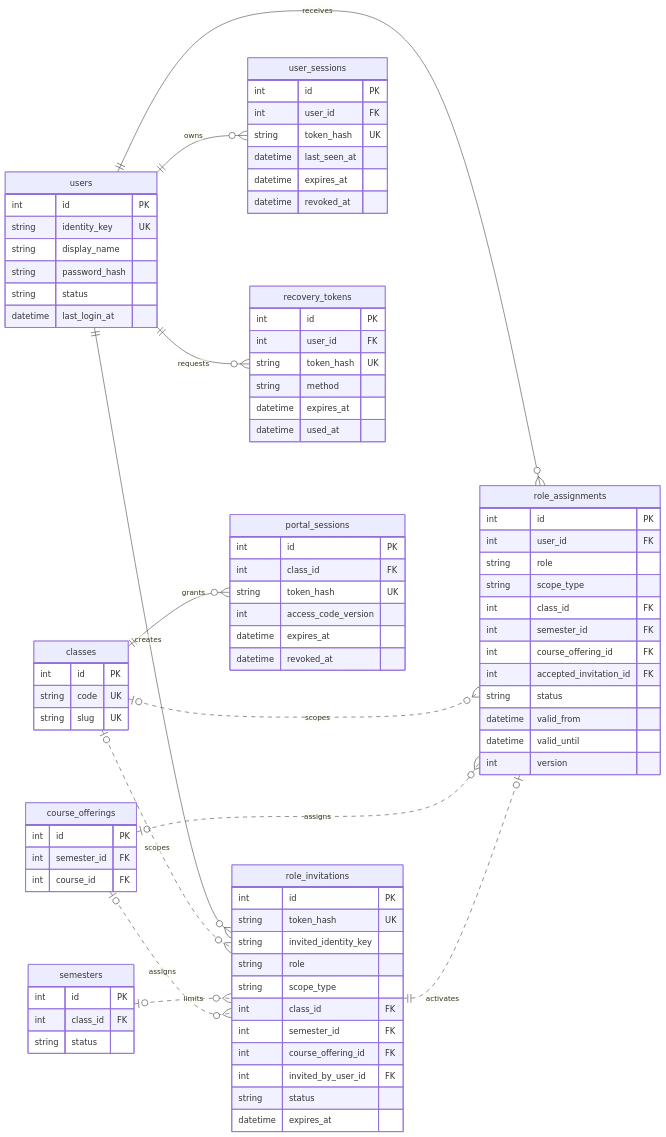
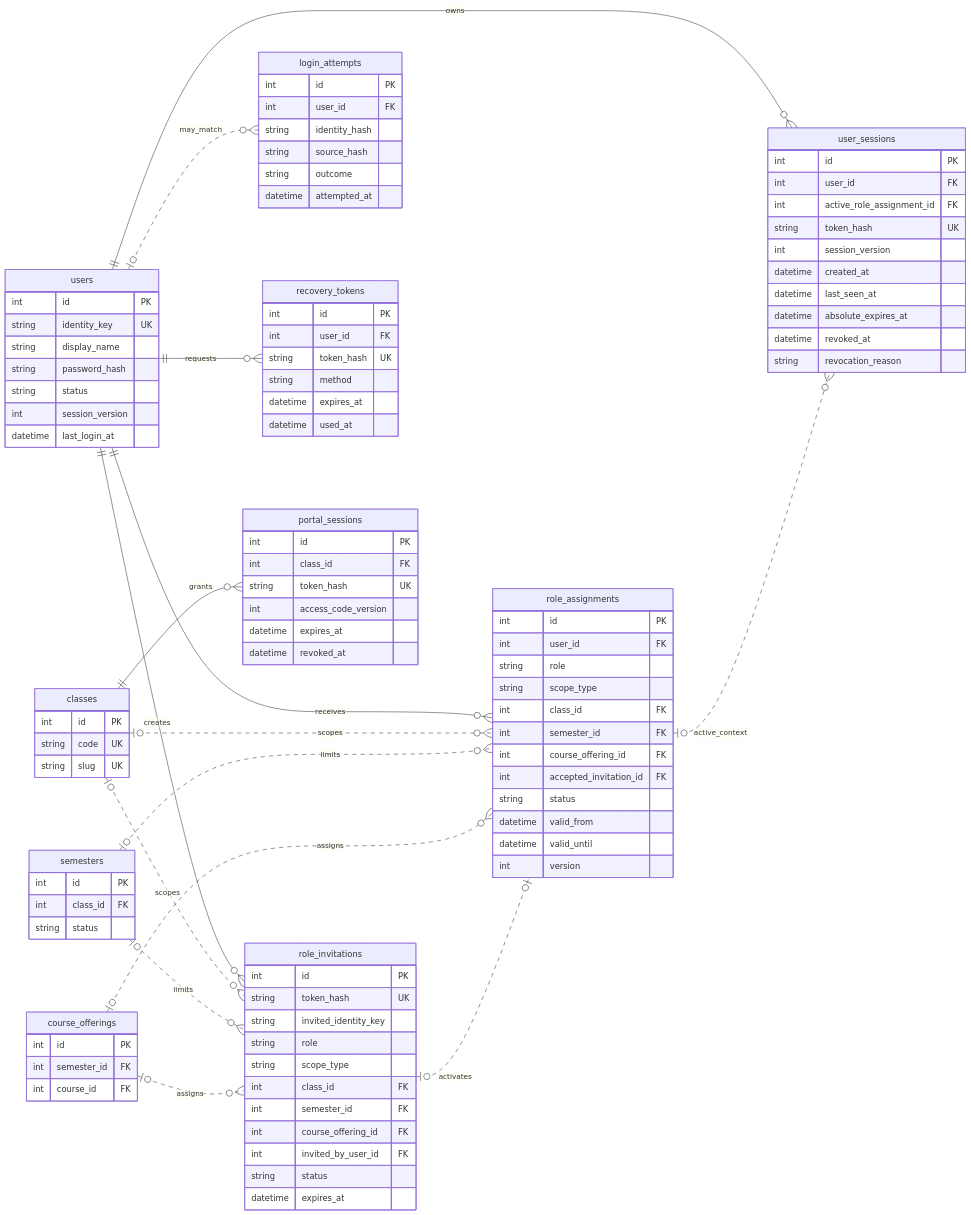
One commit to darvaaph/bot-wa-jadwal changed the second of 7 diagrams in docs/product/ERD.md. Above: the diagram before and after it, drawn with Mermaid. The commit also changed other lines of this file and 8 other files, not shown here.

```diff
--- a/docs/product/ERD.md
+++ b/docs/product/ERD.md
@@ -79,10 +83,13 @@
     users ||--o{ roleAssignments : receives
     users ||--o{ roleInvitations : creates
     users ||--o{ userSessions : owns
+    users o|..o{ loginAttempts : may_match
+    roleAssignments o|..o{ userSessions : active_context
     users ||--o{ recoveryTokens : requests
     classes o|..o{ roleAssignments : scopes
+    semesters o|..o{ roleAssignments : limits
     courseOfferings o|..o{ roleAssignments : assigns
-    roleInvitations ||..o| roleAssignments : activates
+    roleInvitations o|..o| roleAssignments : activates
     classes o|..o{ roleInvitations : scopes
     semesters o|..o{ roleInvitations : limits
     courseOfferings o|..o{ roleInvitations : assigns
@@ -94,6 +101,7 @@
         string display_name
         string password_hash
         string status
+        int session_version
         datetime last_login_at
     }
     roleAssignments["role_assignments"] {
@@ -126,10 +134,22 @@
     userSessions["user_sessions"] {
         int id PK
         int user_id FK
+        int active_role_assignment_id FK
         string token_hash UK
+        int session_version
+        datetime created_at
         datetime last_seen_at
-        datetime expires_at
+        datetime absolute_expires_at
         datetime revoked_at
+        string revocation_reason
+    }
+    loginAttempts["login_attempts"] {
+        int id PK
+        int user_id FK
+        string identity_hash
+        string source_hash
+        string outcome
+        datetime attempted_at
     }
     portalSessions["portal_sessions"] {
         int id PK
```
